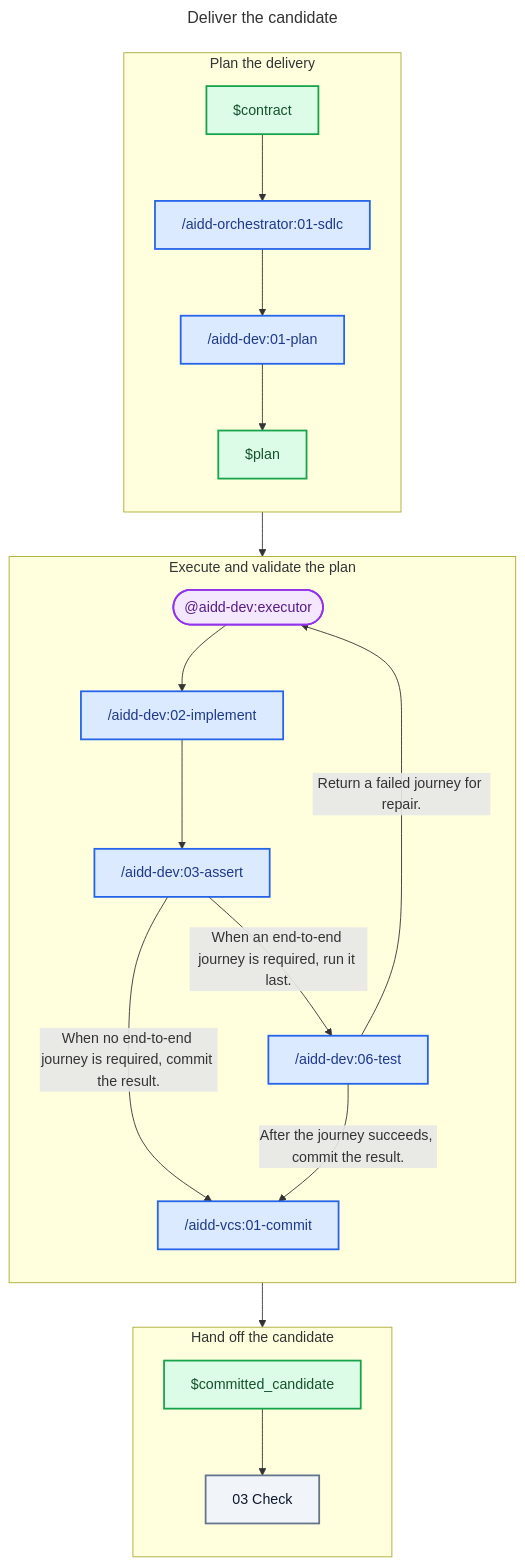
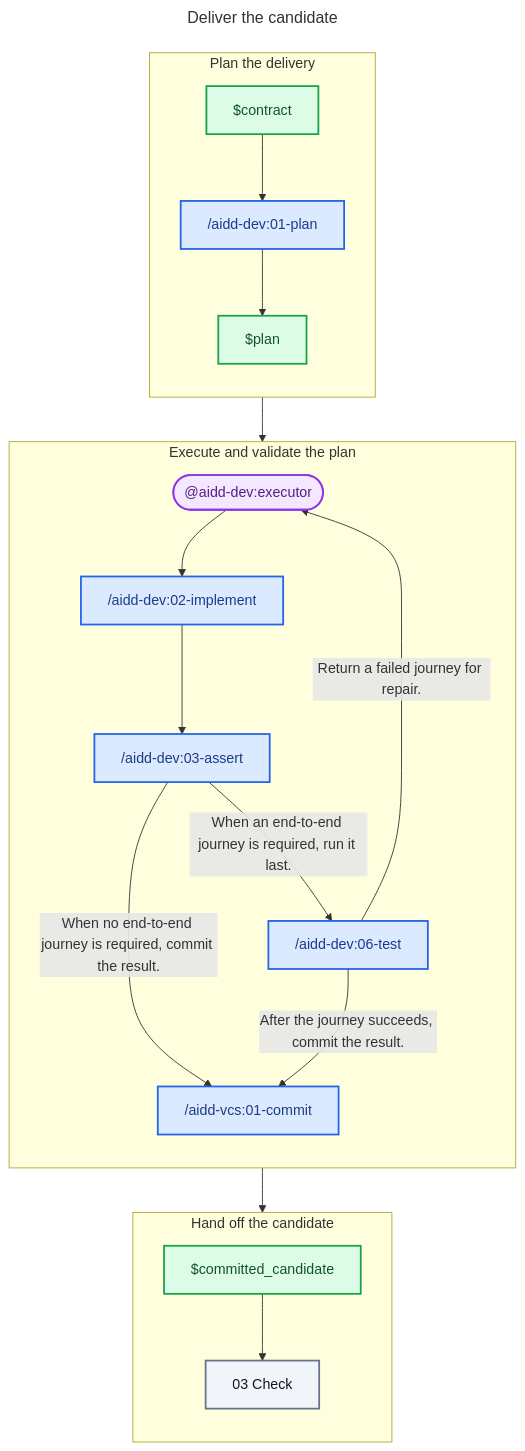
Before and after one commit to ai-driven-dev/aidd-framework: the diagram in plugins/aidd-orchestrator/skills/01-sdlc/references/02-deliver.md, drawn with Mermaid. The commit also changed 3 other files, not shown here.

First line of the commit message:
refactor(orchestrator): remove SDLC self-references

````diff
--- a/plugins/aidd-orchestrator/skills/01-sdlc/references/02-deliver.md
+++ b/plugins/aidd-orchestrator/skills/01-sdlc/references/02-deliver.md
@@ -9,51 +9,49 @@
 ```mermaid
 ---
 title: Deliver the candidate
 ---
 flowchart TD
   subgraph PlanStage["Plan the delivery"]
     direction TB
     Contract["$contract"]
-    Sdlc["/aidd-orchestrator:01-sdlc"]
     Plan["/aidd-dev:01-plan"]
     PlanArtifact["$plan"]
   end
 
   subgraph ExecuteStage["Execute and validate the plan"]
     direction TB
     Executor(["@aidd-dev:executor"])
     Implement["/aidd-dev:02-implement"]
     Assert["/aidd-dev:03-assert"]
     Test["/aidd-dev:06-test"]
     Commit["/aidd-vcs:01-commit"]
   end
 
   subgraph HandoffStage["Hand off the candidate"]
     direction TB
     CommittedCandidate["$committed_candidate"]
     Check["03 Check"]
   end
 
-  Contract --> Sdlc
-  Sdlc --> Plan
+  Contract --> Plan
   Plan --> PlanArtifact
   PlanArtifact --> Executor
   Executor --> Implement
   Implement --> Assert
   Assert -- "When no end-to-end journey is required, commit the result." --> Commit
   Assert -- "When an end-to-end journey is required, run it last." --> Test
   Test -- "After the journey succeeds, commit the result." --> Commit
   Test -- "Return a failed journey for repair." --> Executor
   Commit --> CommittedCandidate
   CommittedCandidate --> Check
 
   classDef skill fill:#DBEAFE,stroke:#2563EB,color:#1E3A8A,stroke-width:2px
   classDef agent fill:#F3E8FF,stroke:#9333EA,color:#581C87,stroke-width:2px
   classDef artifact fill:#DCFCE7,stroke:#16A34A,color:#14532D,stroke-width:2px
   classDef zone fill:#F1F5F9,stroke:#64748B,color:#0F172A,stroke-width:2px
 
-  class Sdlc,Plan,Implement,Assert,Test,Commit skill
+  class Plan,Implement,Assert,Test,Commit skill
   class Executor agent
   class Contract,PlanArtifact,CommittedCandidate artifact
   class Check zone
 ```
````
